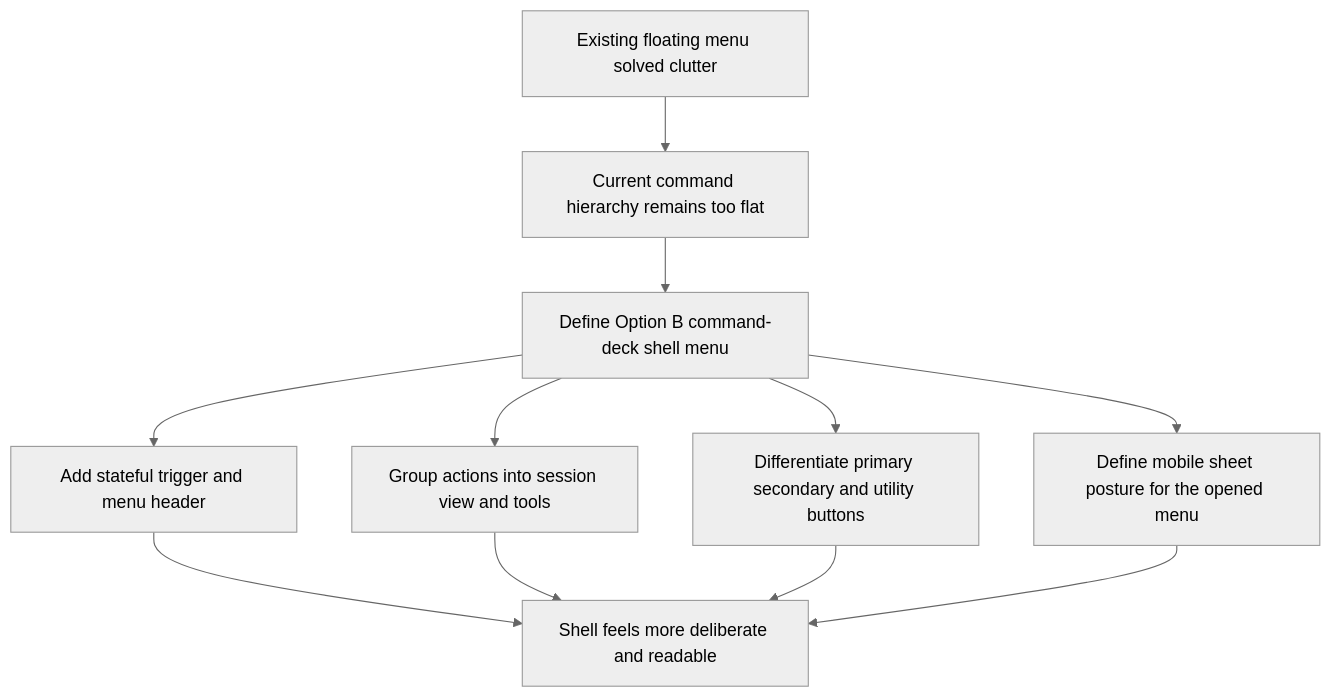
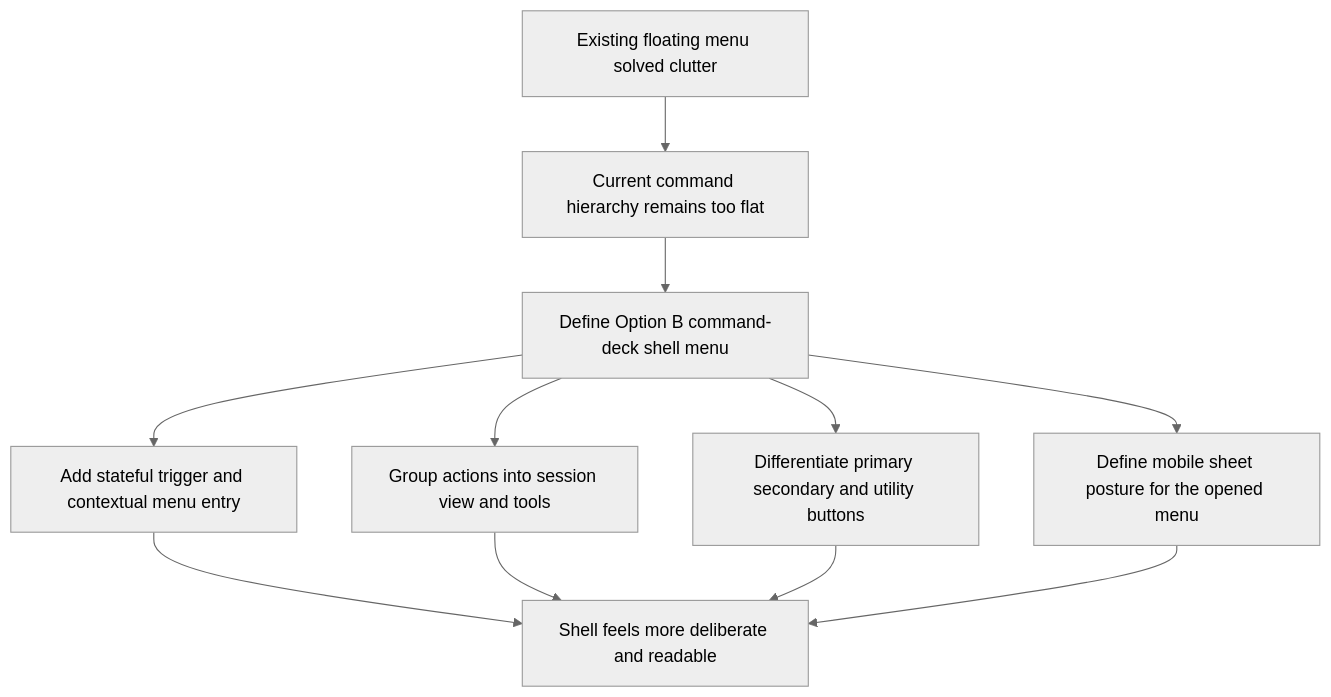
The diagram in logics/request/req_025_define_a_command_deck_shell_menu_and_button_hierarchy_for_runtime_option_b.md (AlexAgo83/emberwake), drawn with Mermaid (neutral theme) before and after one commit. The commit also changed other lines of this file and 6 other files, not shown here.

````diff
--- a/logics/request/req_025_define_a_command_deck_shell_menu_and_button_hierarchy_for_runtime_option_b.md
+++ b/logics/request/req_025_define_a_command_deck_shell_menu_and_button_hierarchy_for_runtime_option_b.md
@@ -70,14 +70,14 @@
 ```mermaid
 %% logics-signature: request|define-a-command-deck-shell-menu-and-but|redesign-the-current-shell-menu-and|ac1-the-request-defines-option-b
 flowchart TD
     A[Existing floating menu solved clutter] --> B[Current command hierarchy remains too flat]
     B --> C[Define Option B command-deck shell menu]
-    C --> D[Add stateful trigger and menu header]
+    C --> D[Add stateful trigger and contextual menu entry]
     C --> E[Group actions into session view and tools]
     C --> F[Differentiate primary secondary and utility buttons]
     C --> G[Define mobile sheet posture for the opened menu]
     D --> H[Shell feels more deliberate and readable]
     E --> H
     F --> H
     G --> H
 ```
````
